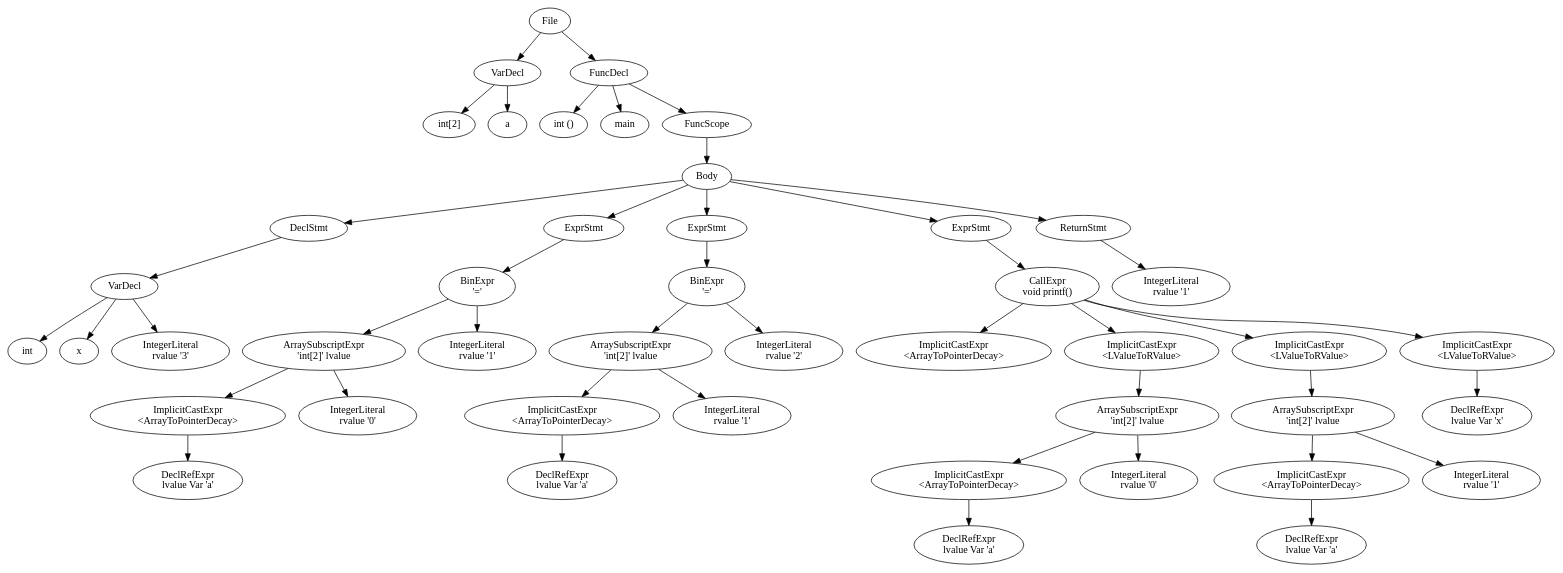
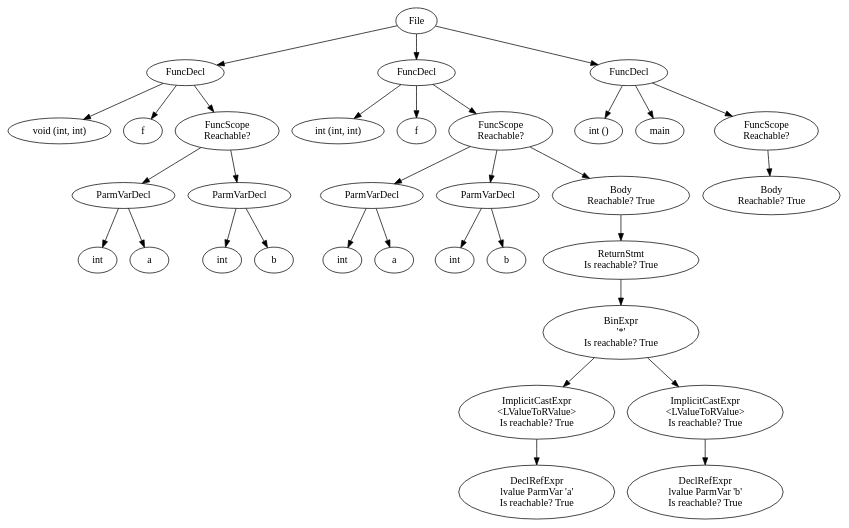
Before and after one commit to LarsDeLeeuw/Compilers: the diagram in src/output.dot, drawn with Graphviz. The commit also changed 28 other files, not shown here.

```diff
--- a/src/output.dot
+++ b/src/output.dot
@@ -1,118 +1,82 @@
 digraph {n0 [label="File"];
-n1 [label="VarDecl"];
-n2 [label="int[2]"];
-n3 [label="a"];
-n5 [label="FuncDecl"];
-n6 [label="int ()"];
-n7 [label="main"];
-n8 [label="FuncScope"];
-n10 [label="Body"];
-n12 [label="DeclStmt"];
-n13 [label="VarDecl"];
-n14 [label="int"];
-n15 [label="x"];
-n16 [label="IntegerLiteral
-rvalue '3'"];
-n17 [label="ExprStmt"];
-n18 [label="BinExpr
-'='"];
-n19 [label="ArraySubscriptExpr
-'int[2]' lvalue"];
-n20 [label="ImplicitCastExpr
-<ArrayToPointerDecay>"];
-n21 [label="DeclRefExpr
-lvalue Var 'a'"];
-n22 [label="IntegerLiteral
-rvalue '0'"];
-n23 [label="IntegerLiteral
-rvalue '1'"];
-n24 [label="ExprStmt"];
-n25 [label="BinExpr
-'='"];
-n26 [label="ArraySubscriptExpr
-'int[2]' lvalue"];
-n27 [label="ImplicitCastExpr
-<ArrayToPointerDecay>"];
-n28 [label="DeclRefExpr
-lvalue Var 'a'"];
-n29 [label="IntegerLiteral
-rvalue '1'"];
-n30 [label="IntegerLiteral
-rvalue '2'"];
-n31 [label="ExprStmt"];
-n32 [label="CallExpr
-void printf()"];
-n34 [label="ImplicitCastExpr
-<ArrayToPointerDecay>"];
-n36 [label="ImplicitCastExpr
-<LValueToRValue>"];
-n37 [label="ArraySubscriptExpr
-'int[2]' lvalue"];
-n38 [label="ImplicitCastExpr
-<ArrayToPointerDecay>"];
-n39 [label="DeclRefExpr
-lvalue Var 'a'"];
-n40 [label="IntegerLiteral
-rvalue '0'"];
-n41 [label="ImplicitCastExpr
-<LValueToRValue>"];
-n42 [label="ArraySubscriptExpr
-'int[2]' lvalue"];
-n43 [label="ImplicitCastExpr
-<ArrayToPointerDecay>"];
-n44 [label="DeclRefExpr
-lvalue Var 'a'"];
-n45 [label="IntegerLiteral
-rvalue '1'"];
-n46 [label="ImplicitCastExpr
-<LValueToRValue>"];
-n47 [label="DeclRefExpr
-lvalue Var 'x'"];
-n48 [label="ReturnStmt"];
-n49 [label="IntegerLiteral
-rvalue '1'"];
+n1 [label="FuncDecl"];
+n2 [label="void (int, int)"];
+n3 [label="f"];
+n4 [label="FuncScope
+Reachable? "];
+n6 [label="ParmVarDecl"];
+n7 [label="int"];
+n8 [label="a"];
+n10 [label="ParmVarDecl"];
+n11 [label="int"];
+n12 [label="b"];
+n14 [label="FuncDecl"];
+n15 [label="int (int, int)"];
+n16 [label="f"];
+n17 [label="FuncScope
+Reachable? "];
+n19 [label="ParmVarDecl"];
+n20 [label="int"];
+n21 [label="a"];
+n23 [label="ParmVarDecl"];
+n24 [label="int"];
+n25 [label="b"];
+n27 [label="Body
+Reachable? True"];
+n29 [label="ReturnStmt
+ Is reachable? True"];
+n30 [label="BinExpr
+'*'
+ Is reachable? True"];
+n31 [label="ImplicitCastExpr
+<LValueToRValue>
+ Is reachable? True"];
+n32 [label="DeclRefExpr
+lvalue ParmVar 'a'
+ Is reachable? True"];
+n33 [label="ImplicitCastExpr
+<LValueToRValue>
+ Is reachable? True"];
+n34 [label="DeclRefExpr
+lvalue ParmVar 'b'
+ Is reachable? True"];
+n35 [label="FuncDecl"];
+n36 [label="int ()"];
+n37 [label="main"];
+n38 [label="FuncScope
+Reachable? "];
+n40 [label="Body
+Reachable? True"];
 n0 -> n1
 n1 -> n2
 n1 -> n3
-n0 -> n5
-n5 -> n6
-n5 -> n7
-n5 -> n8
-n8 -> n10
+n1 -> n4
+n4 -> n6
+n6 -> n7
+n6 -> n8
+n4 -> n10
+n10 -> n11
 n10 -> n12
-n12 -> n13
-n13 -> n14
-n13 -> n15
-n13 -> n16
-n10 -> n17
-n17 -> n18
-n18 -> n19
+n0 -> n14
+n14 -> n15
+n14 -> n16
+n14 -> n17
+n17 -> n19
 n19 -> n20
-n20 -> n21
-n19 -> n22
-n18 -> n23
-n10 -> n24
-n24 -> n25
-n25 -> n26
-n26 -> n27
-n27 -> n28
-n26 -> n29
-n25 -> n30
-n10 -> n31
+n19 -> n21
+n17 -> n23
+n23 -> n24
+n23 -> n25
+n17 -> n27
+n27 -> n29
+n29 -> n30
+n30 -> n31
 n31 -> n32
-n32 -> n34
-n32 -> n36
-n36 -> n37
-n37 -> n38
-n38 -> n39
-n37 -> n40
-n32 -> n41
-n41 -> n42
-n42 -> n43
-n43 -> n44
-n42 -> n45
-n32 -> n46
-n46 -> n47
-n10 -> n48
-n48 -> n49
+n30 -> n33
+n33 -> n34
+n0 -> n35
+n35 -> n36
+n35 -> n37
+n35 -> n38
+n38 -> n40
 }
```
